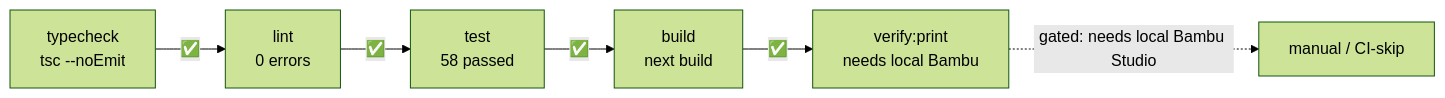
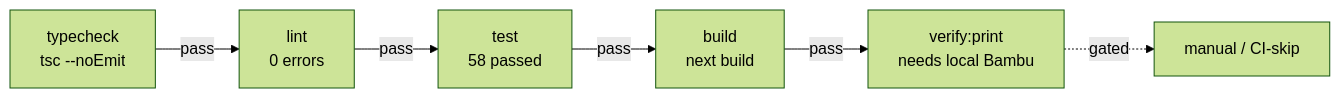
One commit to noluyorAbi/monolith changed the third of 3 diagrams in PR.md. Above: the diagram before and after it, drawn with Mermaid (forest theme). The commit also changed other lines of this file, not shown here.

Commit message:
docs: fix Mermaid syntax in PR body (flowchart + quadrantChart + gates)
GitHub failed to render three diagrams:
- flowchart node label with unquoted parens `only http(s) origin`
- quadrantChart used invalid `quadrant-N "Name": points` syntax
- gates flowchart had a `:` inside an unquoted node label and a
  colon in a dotted-edge label

All labels with special chars are now quoted and the quadrant chart uses
the correct `quadrant-N "Name"` + separate point list form.

````diff
--- a/PR.md
+++ b/PR.md
@@ -122,8 +122,8 @@
 ```mermaid
 flowchart LR
-    A[typecheck<br/>tsc --noEmit] -->|✅| B[lint<br/>0 errors]
-    B -->|✅| C[test<br/>58 passed]
-    C -->|✅| D[build<br/>next build]
-    D -->|✅| E[verify:print<br/>needs local Bambu]
-    E -. gated: needs local Bambu Studio .-> F[manual / CI-skip]
+    A[typecheck<br/>tsc --noEmit] -->|pass| B[lint<br/>0 errors]
+    B -->|pass| C[test<br/>58 passed]
+    C -->|pass| D[build<br/>next build]
+    D -->|pass| E["verify:print<br/>needs local Bambu"]
+    E -. gated .-> F[manual / CI-skip]
 ```
````
